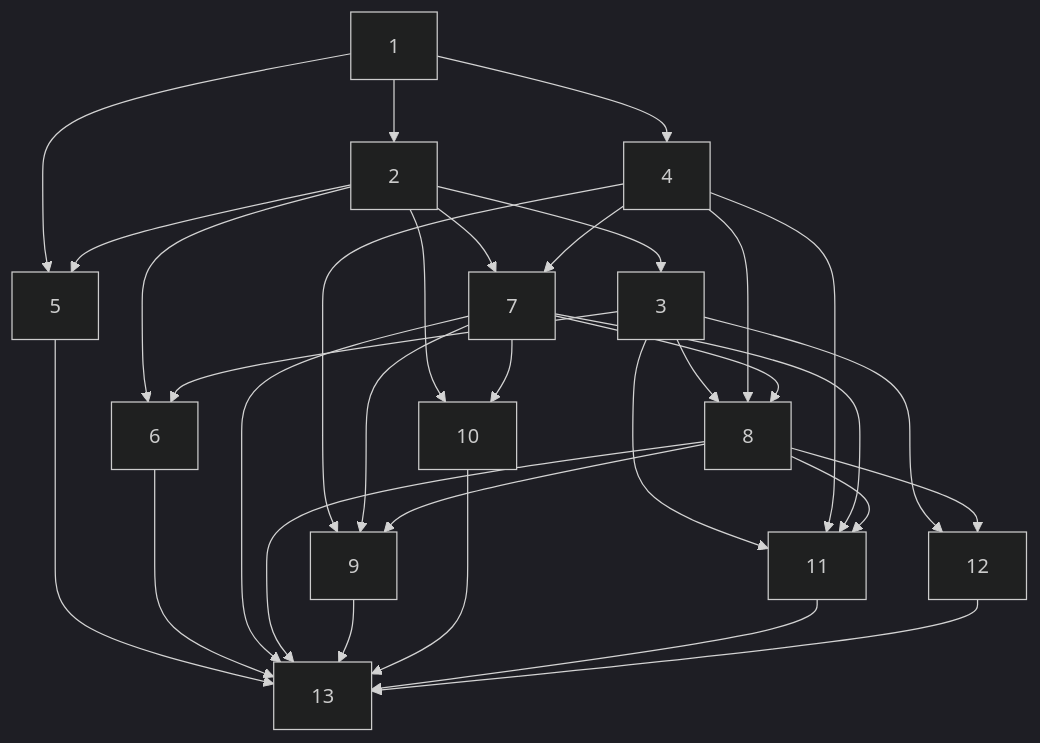
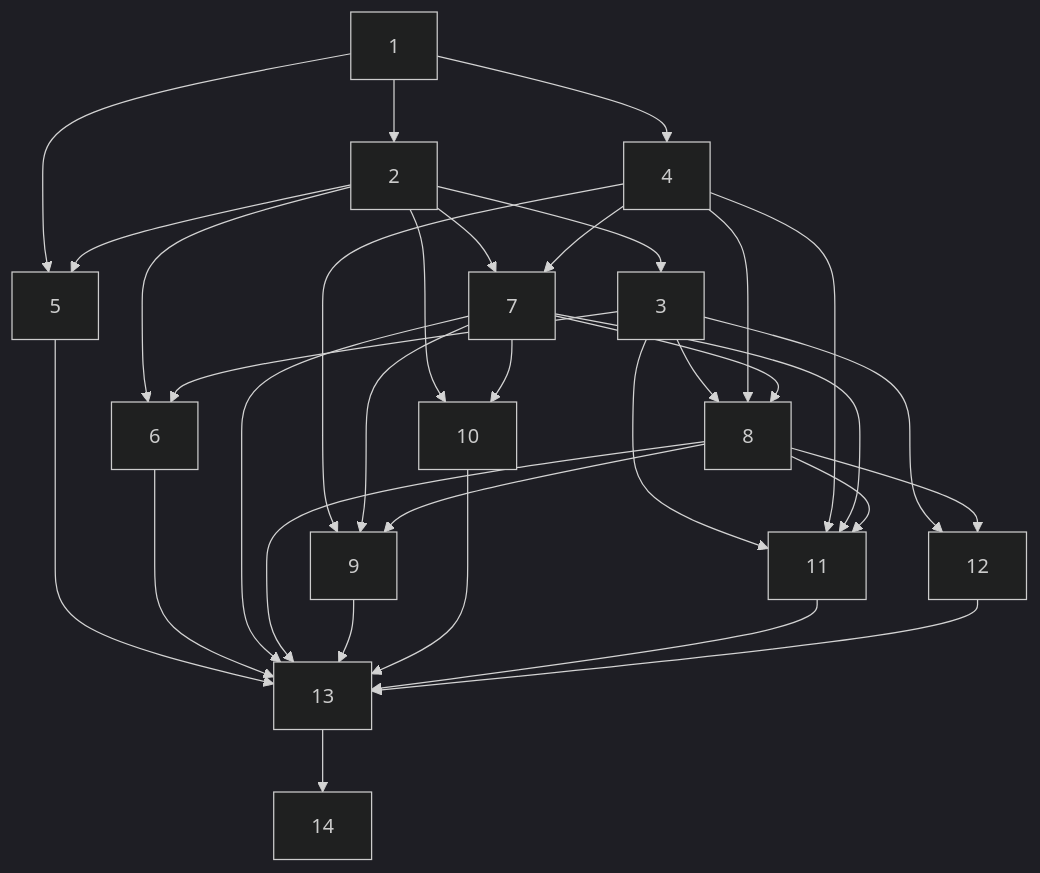
Before and after one commit to Jade-ok/CIC_mock-interview-coach: the diagram in .kiro/specs/frontend-interview/tasks.md, drawn with Mermaid (dark theme). The commit also changed other lines of this file and 14 other files, not shown here.

````diff
--- a/.kiro/specs/frontend-interview/tasks.md
+++ b/.kiro/specs/frontend-interview/tasks.md
@@ -11,34 +11,35 @@
 ```mermaid
 graph TD
   1 --> 2
   1 --> 4
   1 --> 5
   2 --> 3
   2 --> 5
   2 --> 6
   2 --> 7
   2 --> 10
   3 --> 6
   3 --> 8
   3 --> 11
   3 --> 12
   4 --> 7
   4 --> 8
   4 --> 9
   4 --> 11
   7 --> 8
   7 --> 9
   7 --> 10
   7 --> 11
   8 --> 9
   8 --> 11
   8 --> 12
   5 --> 13
   6 --> 13
   7 --> 13
   8 --> 13
   9 --> 13
   10 --> 13
   11 --> 13
   12 --> 13
+  13 --> 14
 ```
````
